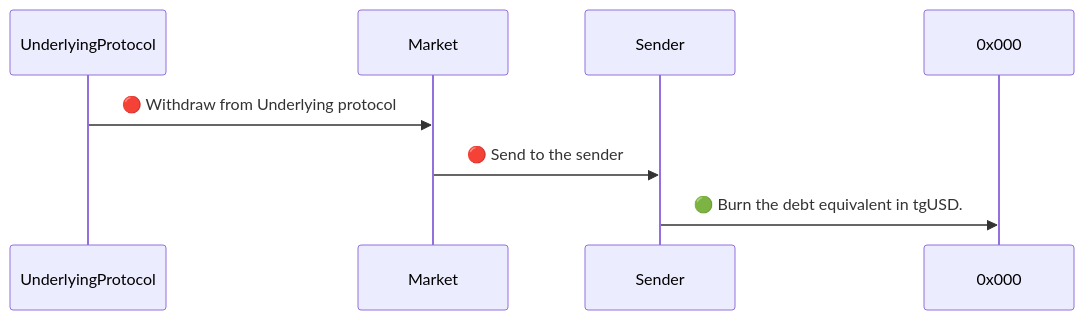
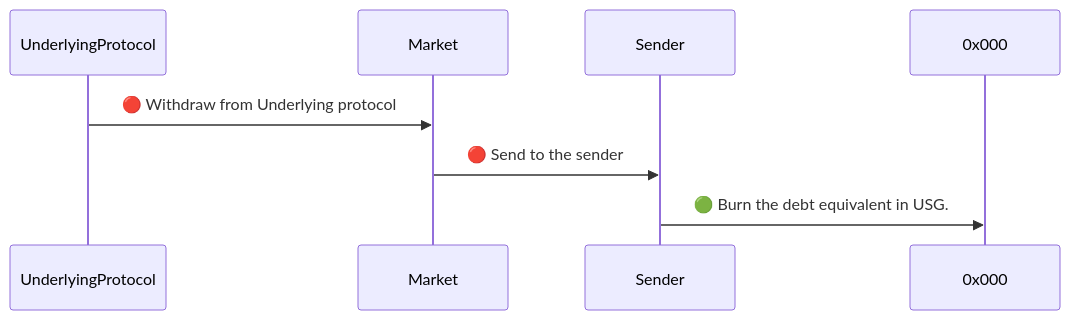
The second of 2 diagrams in documentation/features/Liquidations.md (Tangent-labs/tangent-contracts), drawn with Mermaid before and after one commit. The commit also changed other lines of this file and 271 other files, not shown here.

Commit message:
Rename tgUSD to USG, sgUSD to sUSG and rsTAN to vsTAN

````diff
--- a/documentation/features/Liquidations.md
+++ b/documentation/features/Liquidations.md
@@ -33,6 +33,6 @@
 ```mermaid
 sequenceDiagram
     UnderlyingProtocol->>Market: 🔴 Withdraw from Underlying protocol
     Market->>Sender : 🔴 Send to the sender
-    Sender->> 0x000 : 🟢 Burn the debt equivalent in tgUSD.
+    Sender->> 0x000 : 🟢 Burn the debt equivalent in USG.
 ```
````
